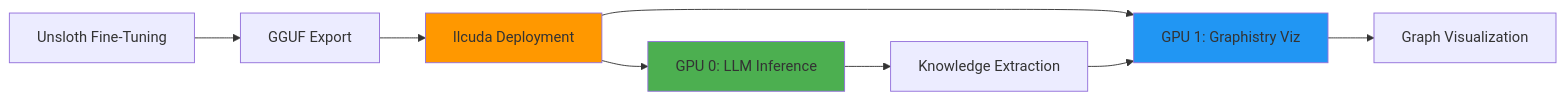
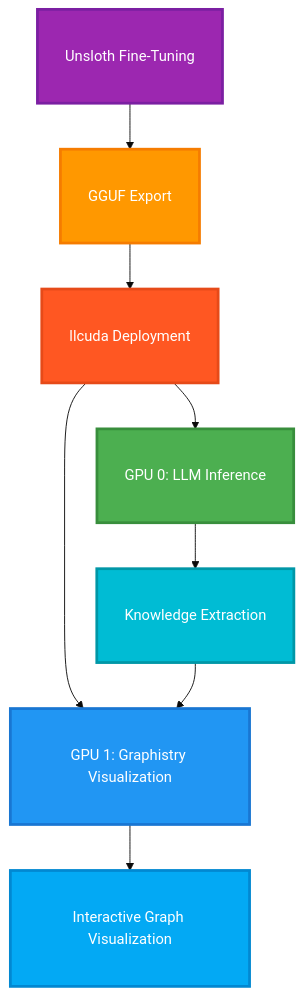
Before and after one commit to llcuda/llcuda.github.io: the diagram in docs/index.md, drawn with Mermaid. The commit also changed other lines of this file and 2 other files, not shown here.

````diff
--- a/docs/index.md
+++ b/docs/index.md
@@ -77,14 +77,21 @@
 ```mermaid
-graph LR
+%%{init: {'theme':'base', 'themeVariables': {'fontSize':'18px'}}}%%
+graph TD
     A[Unsloth Fine-Tuning] --> B[GGUF Export]
     B --> C[llcuda Deployment]
     C --> D[GPU 0: LLM Inference]
-    C --> E[GPU 1: Graphistry Viz]
+    C --> E[GPU 1: Graphistry Visualization]
     D --> F[Knowledge Extraction]
     F --> E
-    E --> G[Graph Visualization]
+    E --> G[Interactive Graph Visualization]
 
-    style D fill:#4CAF50
-    style E fill:#2196F3
-    style C fill:#FF9800
+    style A fill:#9C27B0,stroke:#7B1FA2,stroke-width:3px,color:#fff
+    style B fill:#FF9800,stroke:#F57C00,stroke-width:3px,color:#fff
+    style C fill:#FF5722,stroke:#E64A19,stroke-width:3px,color:#fff
+    style D fill:#4CAF50,stroke:#388E3C,stroke-width:3px,color:#fff
+    style E fill:#2196F3,stroke:#1976D2,stroke-width:3px,color:#fff
+    style F fill:#00BCD4,stroke:#0097A7,stroke-width:3px,color:#fff
+    style G fill:#03A9F4,stroke:#0288D1,stroke-width:3px,color:#fff
+
+    classDef default font-size:16px,padding:15px
 ```
````
